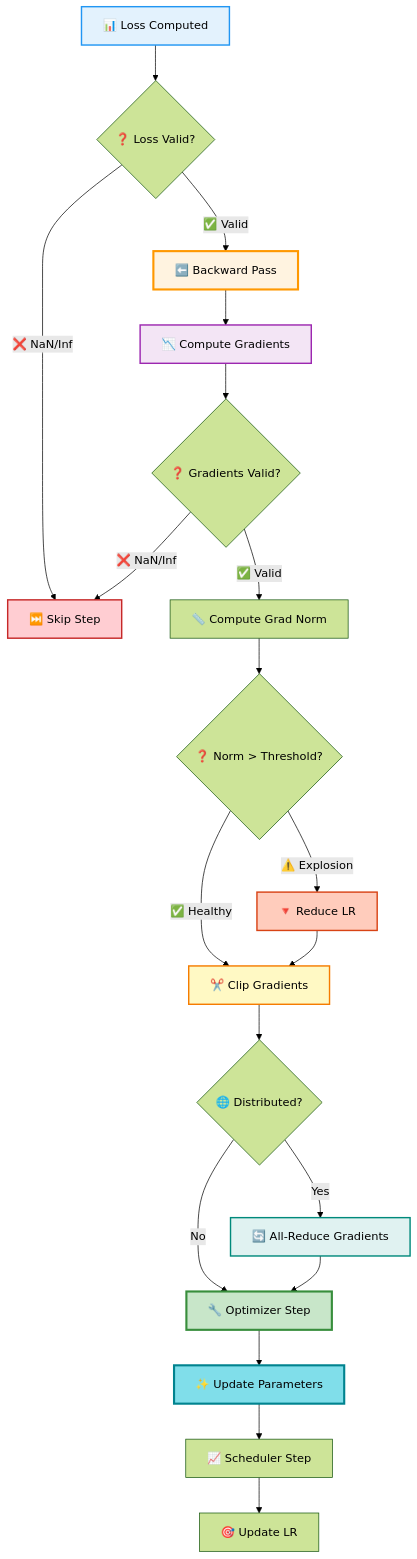
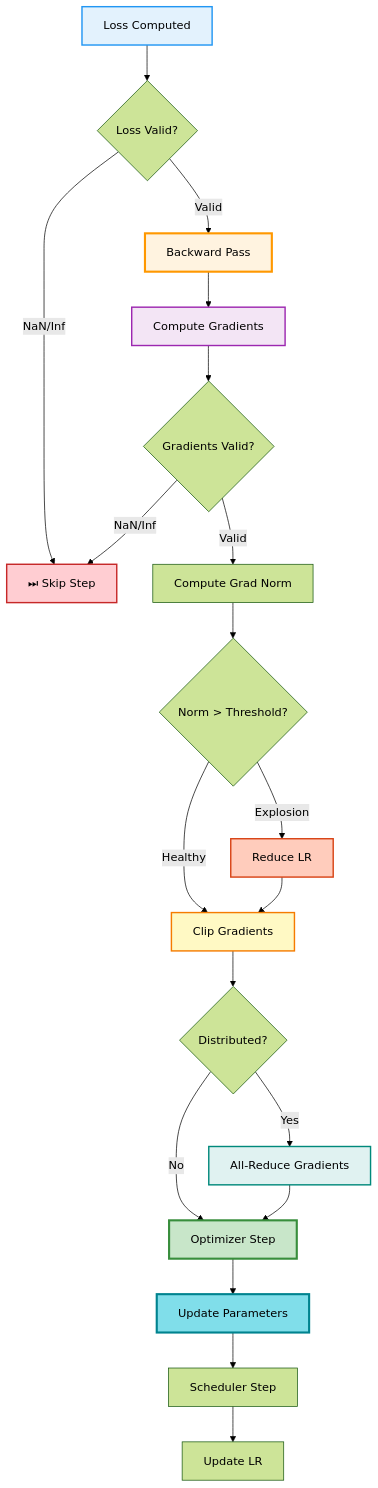
Before and after one commit to Pizzaman213/Ava_AI: the seventh of 23 diagrams in code/docs/FLOWCHARTS_VISUAL.md, drawn with Mermaid (forest theme). The commit also changed other lines of this file and 215 other files, not shown here.

````diff
--- a/code/docs/FLOWCHARTS_VISUAL.md
+++ b/code/docs/FLOWCHARTS_VISUAL.md
@@ -205,35 +205,35 @@
 ```mermaid
 graph TD
-    A[📊 Loss Computed] --> B{❓ Loss Valid?}
-    B -->|❌ NaN/Inf| C[⏭️ Skip Step]
-    B -->|✅ Valid| D[⬅️ Backward Pass]
+    A[ Loss Computed] --> B{ Loss Valid?}
+    B -->| NaN/Inf| C[⏭ Skip Step]
+    B -->| Valid| D[ Backward Pass]
 
-    D --> E[📉 Compute Gradients]
-    E --> F{❓ Gradients Valid?}
-    F -->|❌ NaN/Inf| C
-    F -->|✅ Valid| G[📏 Compute Grad Norm]
+    D --> E[ Compute Gradients]
+    E --> F{ Gradients Valid?}
+    F -->| NaN/Inf| C
+    F -->| Valid| G[ Compute Grad Norm]
 
-    G --> H{❓ Norm > Threshold?}
-    H -->|⚠️ Explosion| I[🔻 Reduce LR]
-    H -->|✅ Healthy| J[✂️ Clip Gradients]
+    G --> H{ Norm > Threshold?}
+    H -->| Explosion| I[ Reduce LR]
+    H -->| Healthy| J[ Clip Gradients]
     I --> J
 
-    J --> K{🌐 Distributed?}
-    K -->|Yes| L[🔄 All-Reduce Gradients]
-    K -->|No| M[🔧 Optimizer Step]
+    J --> K{ Distributed?}
+    K -->|Yes| L[ All-Reduce Gradients]
+    K -->|No| M[ Optimizer Step]
     L --> M
 
-    M --> N[✨ Update Parameters]
-    N --> O[📈 Scheduler Step]
-    O --> P[🎯 Update LR]
+    M --> N[ Update Parameters]
+    N --> O[ Scheduler Step]
+    O --> P[ Update LR]
 
     style A fill:#E3F2FD,stroke:#2196F3,stroke-width:2px
     style C fill:#FFCDD2,stroke:#C62828,stroke-width:2px,color:#000
     style D fill:#FFF3E0,stroke:#FF9800,stroke-width:3px
     style E fill:#F3E5F5,stroke:#9C27B0,stroke-width:2px
     style I fill:#FFCCBC,stroke:#D84315,stroke-width:2px
     style J fill:#FFF9C4,stroke:#F57C00,stroke-width:2px
     style L fill:#E0F2F1,stroke:#00897B,stroke-width:2px
     style M fill:#C8E6C9,stroke:#388E3C,stroke-width:3px
     style N fill:#80DEEA,stroke:#00838F,stroke-width:3px
 ```
````
